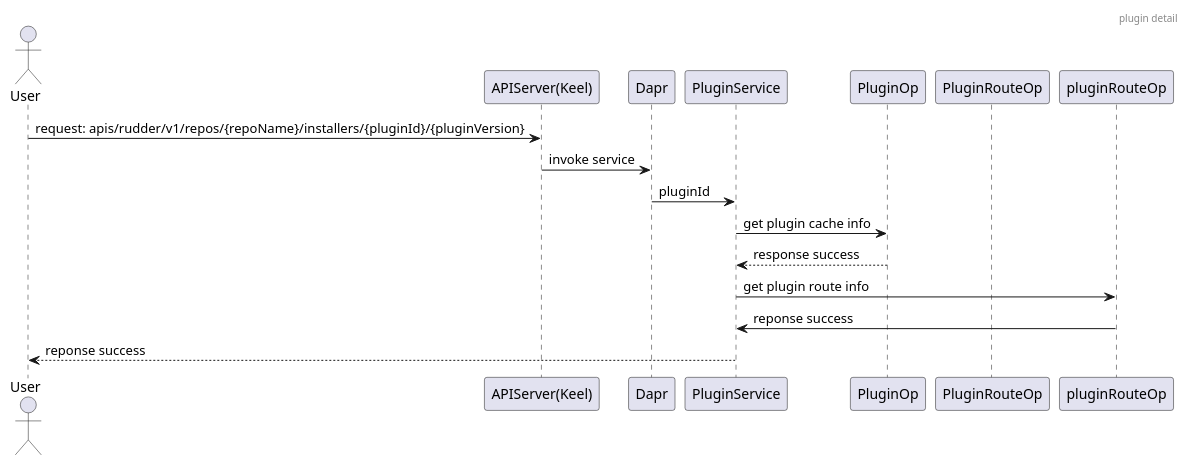
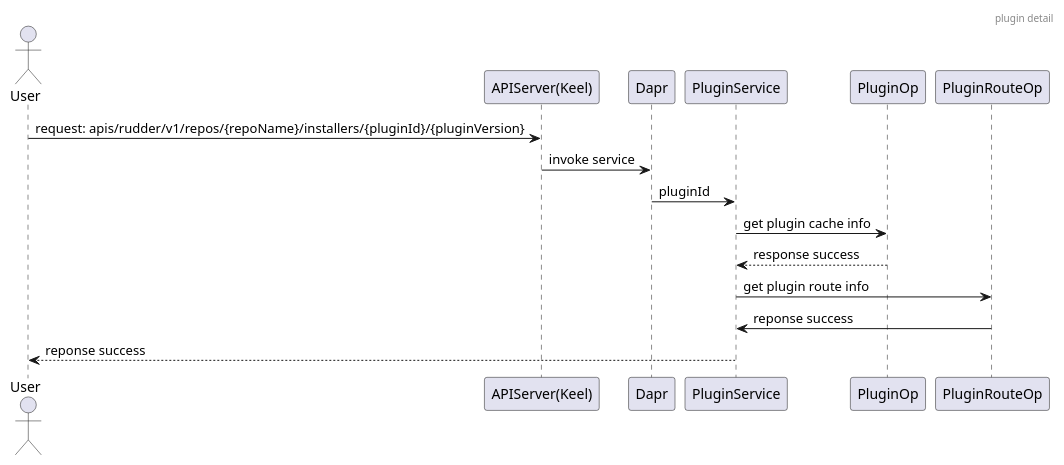
The fourth of 25 diagrams in docs/api/appendix/plantuml/rudder_revise.md (tkeel-io/docs), drawn with PlantUML before and after one commit. The commit also changed other lines of this file, not shown here.

````diff
--- a/docs/api/appendix/plantuml/rudder_revise.md
+++ b/docs/api/appendix/plantuml/rudder_revise.md
@@ -89,19 +95,21 @@
 ```plantuml
+@startuml
 header plugin detail
 
 actor User
 participant "APIServer(Keel)"  as Keel
 participant Dapr
 participant PluginService
 participant PluginOp
 participant PluginRouteOp
 
 User->Keel:request: apis/rudder/v1/repos/{repoName}/installers/{pluginId}/{pluginVersion}
 Keel->Dapr:invoke service
 Dapr->PluginService:pluginId
 PluginService->PluginOp:get plugin cache info
 PluginOp-->PluginService:response success
-PluginService->pluginRouteOp:get plugin route info
-pluginRouteOp->PluginService:reponse success
+PluginService->PluginRouteOp:get plugin route info
+PluginRouteOp->PluginService:reponse success
 PluginService-->User:reponse success
+@enduml
 ```
````
